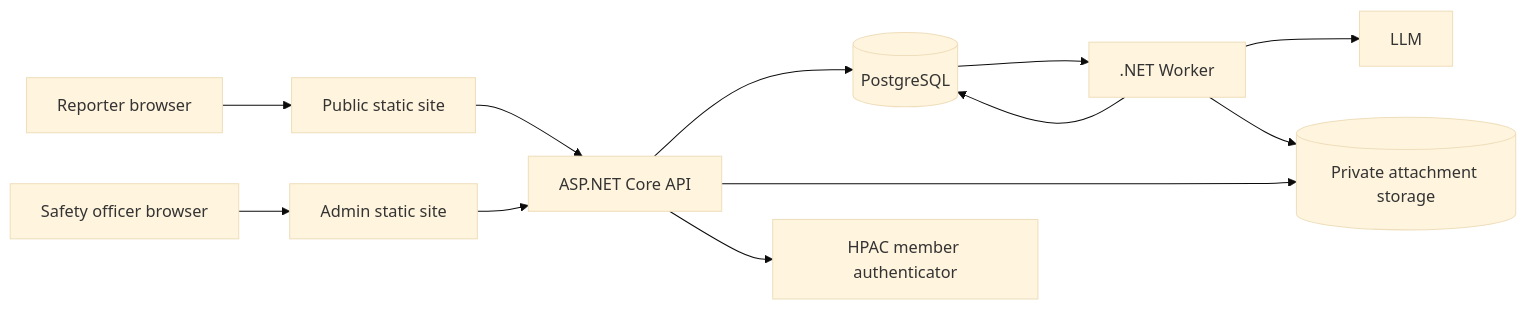
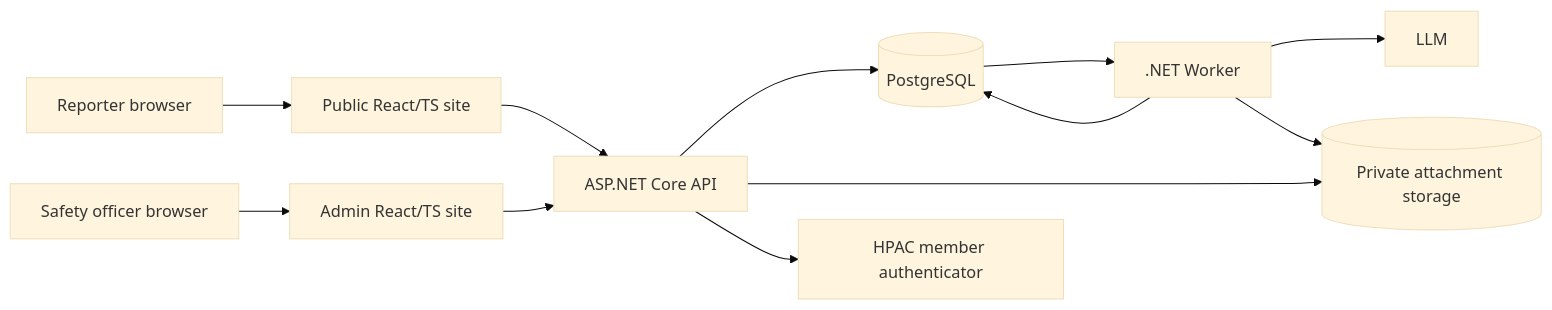
One commit to HPAC-Safety/safety-report changed the first of 2 diagrams in docs/system-overview.md. Above: the diagram before and after it, drawn with Mermaid (base theme). The commit also changed other lines of this file and 21 other files, not shown here.

````diff
--- a/docs/system-overview.md
+++ b/docs/system-overview.md
@@ -31,14 +31,14 @@
 ```mermaid
 flowchart LR
-    reporter[Reporter browser] --> public[Public static site]
-    officer[Safety officer browser] --> admin[Admin static site]
+    reporter[Reporter browser] --> public[Public React/TS site]
+    officer[Safety officer browser] --> admin[Admin React/TS site]
     public --> api[ASP.NET Core API]
     admin --> api
     api --> db[(PostgreSQL)]
     api --> media[(Private attachment storage)]
     db --> worker[.NET Worker]
     worker --> llm[LLM]
     worker --> media
     worker --> db
     api --> member[HPAC member authenticator]
 ```
````
